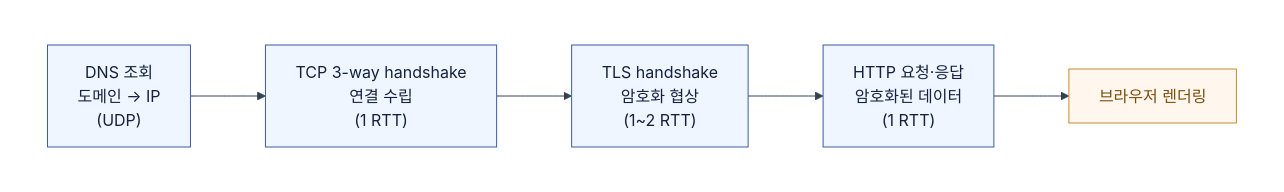
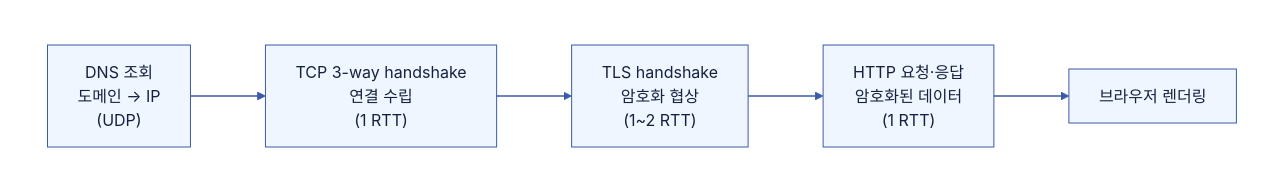
The sixth of 6 diagrams in computer-science/2607-network-fundamentals.md (Hyune-s-lab/my-ai-study), drawn with Mermaid before and after one commit. The commit also changed other lines of this file and 28 other files, not shown here.

Commit message:
docs: Mermaid 호환성과 문서 가독성 개선

````diff
--- a/computer-science/2607-network-fundamentals.md
+++ b/computer-science/2607-network-fundamentals.md
@@ -363,30 +261,20 @@
 ```mermaid
----
-config:
-  theme: base
-  darkMode: false
-  themeVariables:
-    background: "#ffffff"
-    primaryTextColor: "#111827"
-    primaryColor: "#ffffff"
-    primaryBorderColor: "#475569"
-    lineColor: "#334155"
-    edgeLabelBackground: "#ffffff"
----
 flowchart LR
+%%{init: {"theme": "base", "darkMode": false, "themeVariables": {"background": "#ffffff", "primaryColor": "#EFF6FF", "primaryTextColor": "#16213E", "primaryBorderColor": "#3B5BA5", "secondaryColor": "#F0FDF4", "tertiaryColor": "#FAF5FF", "lineColor": "#3B5BA5", "textColor": "#16213E", "edgeLabelBackground": "#ffffff", "clusterBkg": "#F8FAFC", "clusterBorder": "#CBD5E1"}}}%%
   subgraph canvas[" "]
     direction LR
     DNS["DNS 조회<br/>도메인 → IP<br/>(UDP)"]
     TCP["TCP 3-way handshake<br/>연결 수립<br/>(1 RTT)"]
     TLS["TLS handshake<br/>암호화 협상<br/>(1~2 RTT)"]
     HTTP["HTTP 요청·응답<br/>암호화된 데이터<br/>(1 RTT)"]
     RENDER["브라우저 렌더링"]
     DNS --> TCP --> TLS --> HTTP --> RENDER
   end
-
+  style canvas fill:#ffffff,stroke:#ffffff,color:#111827
+  linkStyle default stroke:#3B5BA5,stroke-width:1.5px
   classDef app fill:#EFF6FF,stroke:#3B5BA5,stroke-width:1px,color:#16213E
-  classDef ctrl fill:#FFF7ED,stroke:#C98A2B,stroke-width:1px,color:#7A4E0A
-  class DNS,TCP,TLS,HTTP app
-  class RENDER ctrl
-  style canvas fill:#ffffff,stroke:#ffffff,stroke-width:0px,color:#111827
+  class DNS,TCP,TLS,HTTP,RENDER app
+  classDef db fill:#F0FDF4,stroke:#3F8E55,stroke-width:1px,color:#16213E
+  classDef policy fill:#FAF5FF,stroke:#A855F7,stroke-width:1px,color:#16213E
+  classDef worker fill:#FFF7ED,stroke:#C98A2B,stroke-width:1px,color:#16213E
 ```
````
